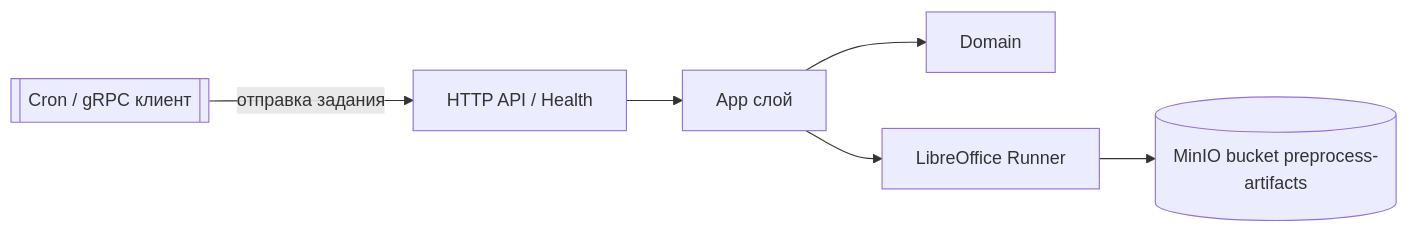
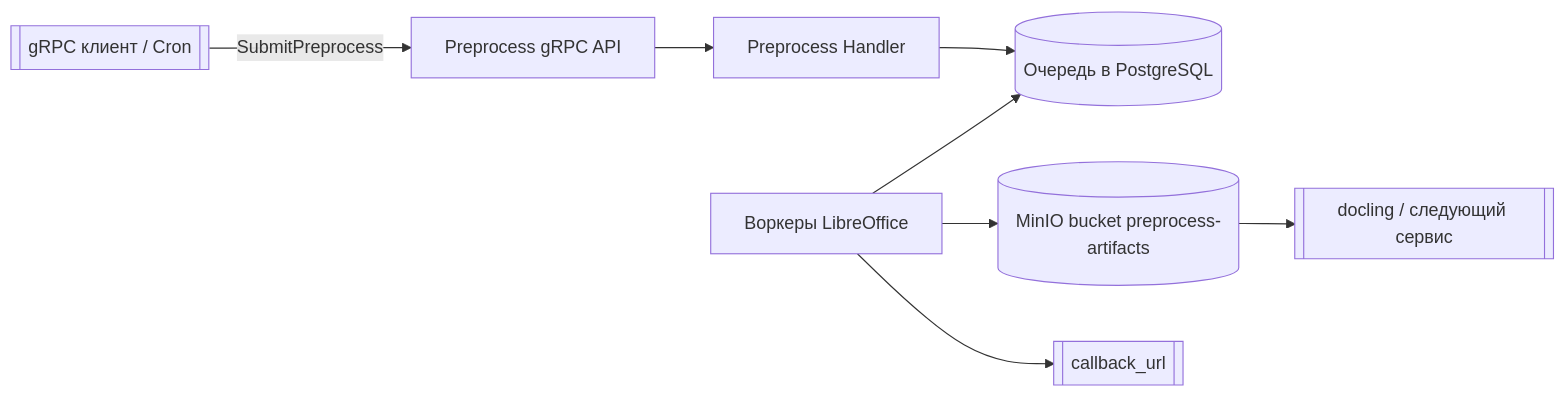
The first of 2 diagrams in backend/preprocess-service/diagrams.md (FedorovTeam/mono-repo), drawn with Mermaid before and after one commit. The commit also changed other lines of this file and 17 other files, not shown here.

````diff
--- a/backend/preprocess-service/diagrams.md
+++ b/backend/preprocess-service/diagrams.md
@@ -4,8 +4,10 @@
 ```mermaid
 flowchart LR
-    Client[[Cron / gRPC клиент]] -->|отправка задания| HTTP[HTTP API / Health]
-    HTTP --> App[App слой]
-    App --> Domain[Domain]
-    App --> Preprocess[LibreOffice Runner]
-    Preprocess --> MinIO[(MinIO bucket preprocess-artifacts)]
+    Client[[gRPC клиент / Cron]] -->|SubmitPreprocess| GRPC[Preprocess gRPC API]
+    GRPC --> Handler[Preprocess Handler]
+    Handler --> Repo[(Очередь в PostgreSQL)]
+    Worker[Воркеры LibreOffice] --> Repo
+    Worker --> MinIO[(MinIO bucket preprocess-artifacts)]
+    Worker --> Callback[[callback_url]]
+    MinIO --> Downstream[[docling / следующий сервис]]
 ```
````
